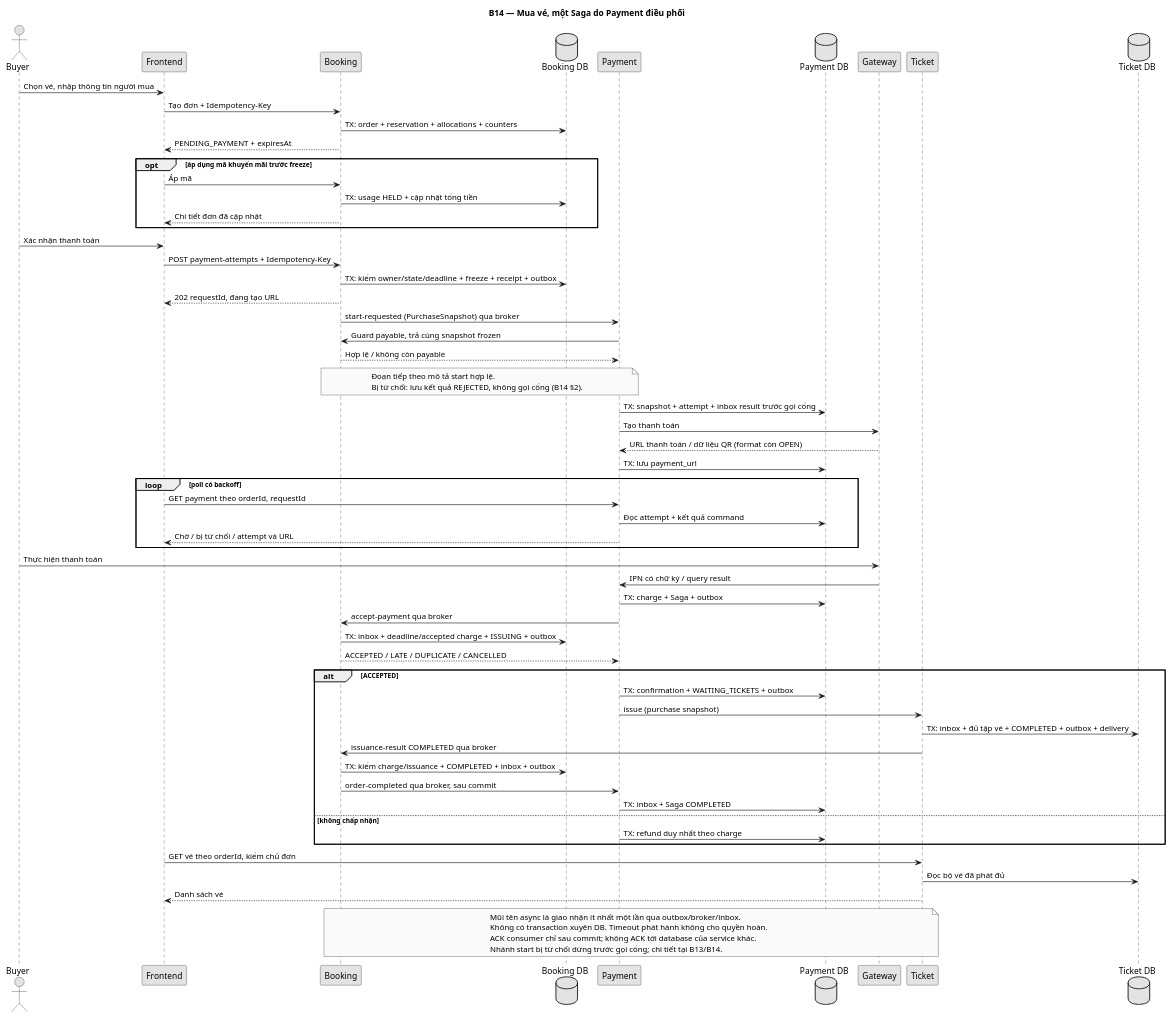
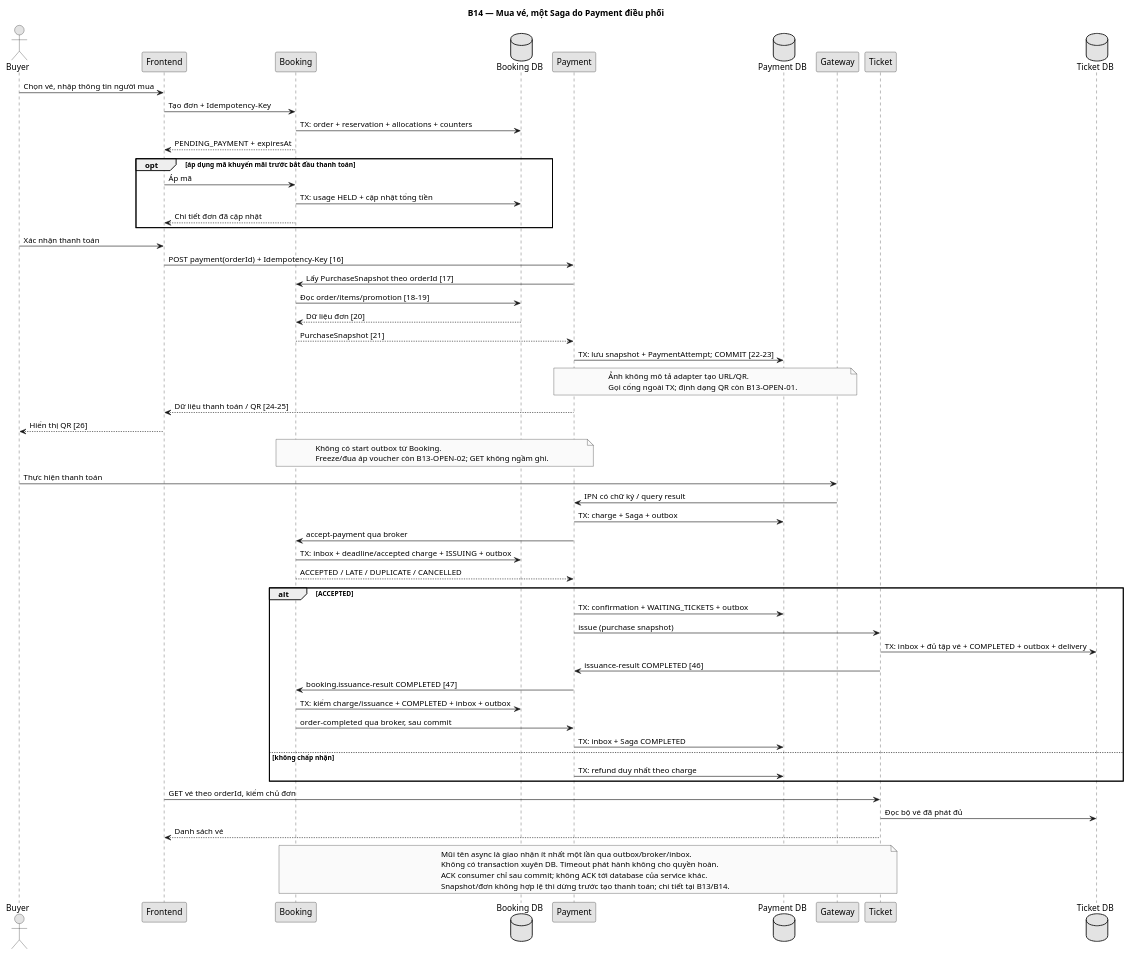
Before and after one commit to levanminh04/flash-ticket-platform: the diagram in docs/diagrams/src/B14-01-order-payment-ticket-sequence.puml, drawn with PlantUML. The commit also changed 9 other files, not shown here.

Commit message:
docs(booking): đồng bộ luồng thanh toán và phát vé theo ảnh ClickUp

```diff
--- a/docs/diagrams/src/B14-01-order-payment-ticket-sequence.puml
+++ b/docs/diagrams/src/B14-01-order-payment-ticket-sequence.puml
@@ -1,68 +1,66 @@
 @startuml
 skinparam monochrome true
 title B14 — Mua vé, một Saga do Payment điều phối
 actor Buyer
 participant Frontend
 participant Booking
 database "Booking DB" as BDB
 participant Payment
 database "Payment DB" as PDB
 participant Gateway
 participant Ticket
 database "Ticket DB" as TDB
 Buyer -> Frontend : Chọn vé, nhập thông tin người mua
 Frontend -> Booking : Tạo đơn + Idempotency-Key
 Booking -> BDB : TX: order + reservation + allocations + counters
 Booking --> Frontend : PENDING_PAYMENT + expiresAt
-opt áp dụng mã khuyến mãi trước freeze
+opt áp dụng mã khuyến mãi trước bắt đầu thanh toán
   Frontend -> Booking : Áp mã
   Booking -> BDB : TX: usage HELD + cập nhật tổng tiền
   Booking --> Frontend : Chi tiết đơn đã cập nhật
 end
 Buyer -> Frontend : Xác nhận thanh toán
-Frontend -> Booking : POST payment-attempts + Idempotency-Key
-Booking -> BDB : TX: kiểm owner/state/deadline + freeze + receipt + outbox
-Booking --> Frontend : 202 requestId, đang tạo URL
-Booking -> Payment : start-requested (PurchaseSnapshot) qua broker
-Payment -> Booking : Guard payable, trả cùng snapshot frozen
-Booking --> Payment : Hợp lệ / không còn payable
+Frontend -> Payment : POST payment(orderId) + Idempotency-Key [16]
+Payment -> Booking : Lấy PurchaseSnapshot theo orderId [17]
+Booking -> BDB : Đọc order/items/promotion [18-19]
+BDB --> Booking : Dữ liệu đơn [20]
+Booking --> Payment : PurchaseSnapshot [21]
+Payment -> PDB : TX: lưu snapshot + PaymentAttempt; COMMIT [22-23]
+note over Payment,Gateway
+  Ảnh không mô tả adapter tạo URL/QR.
+  Gọi cổng ngoài TX; định dạng QR còn B13-OPEN-01.
+end note
+Payment --> Frontend : Dữ liệu thanh toán / QR [24-25]
+Frontend --> Buyer : Hiển thị QR [26]
 note over Booking,Payment
-  Đoạn tiếp theo mô tả start hợp lệ.
-  Bị từ chối: lưu kết quả REJECTED, không gọi cổng (B14 §2).
+  Không có start outbox từ Booking.
+  Freeze/đua áp voucher còn B13-OPEN-02; GET không ngầm ghi.
 end note
-Payment -> PDB : TX: snapshot + attempt + inbox result trước gọi cổng
-Payment -> Gateway : Tạo thanh toán
-Gateway --> Payment : URL thanh toán / dữ liệu QR (format còn OPEN)
-Payment -> PDB : TX: lưu payment_url
-loop poll có backoff
-  Frontend -> Payment : GET payment theo orderId, requestId
-  Payment -> PDB : Đọc attempt + kết quả command
-  Payment --> Frontend : Chờ / bị từ chối / attempt và URL
-end
 Buyer -> Gateway : Thực hiện thanh toán
 Gateway -> Payment : IPN có chữ ký / query result
 Payment -> PDB : TX: charge + Saga + outbox
 Payment -> Booking : accept-payment qua broker
 Booking -> BDB : TX: inbox + deadline/accepted charge + ISSUING + outbox
 Booking --> Payment : ACCEPTED / LATE / DUPLICATE / CANCELLED
 alt ACCEPTED
   Payment -> PDB : TX: confirmation + WAITING_TICKETS + outbox
   Payment -> Ticket : issue (purchase snapshot)
   Ticket -> TDB : TX: inbox + đủ tập vé + COMPLETED + outbox + delivery
-  Ticket -> Booking : issuance-result COMPLETED qua broker
+  Ticket -> Payment : issuance-result COMPLETED [46]
+  Payment -> Booking : booking.issuance-result COMPLETED [47]
   Booking -> BDB : TX: kiểm charge/issuance + COMPLETED + inbox + outbox
   Booking -> Payment : order-completed qua broker, sau commit
   Payment -> PDB : TX: inbox + Saga COMPLETED
 else không chấp nhận
   Payment -> PDB : TX: refund duy nhất theo charge
 end
 Frontend -> Ticket : GET vé theo orderId, kiểm chủ đơn
 Ticket -> TDB : Đọc bộ vé đã phát đủ
 Ticket --> Frontend : Danh sách vé
 note over Booking,Ticket
   Mũi tên async là giao nhận ít nhất một lần qua outbox/broker/inbox.
   Không có transaction xuyên DB. Timeout phát hành không cho quyền hoàn.
   ACK consumer chỉ sau commit; không ACK tới database của service khác.
-  Nhánh start bị từ chối dừng trước gọi cổng; chi tiết tại B13/B14.
+  Snapshot/đơn không hợp lệ thì dừng trước tạo thanh toán; chi tiết tại B13/B14.
 end note
 @enduml
```
